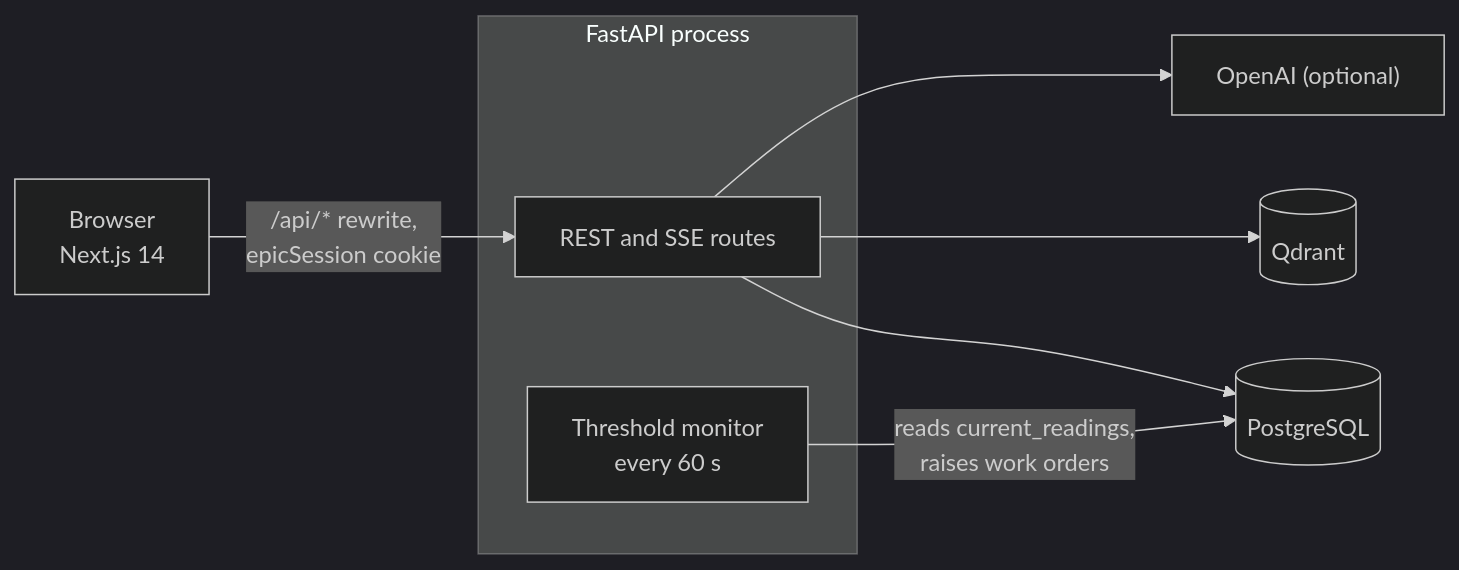
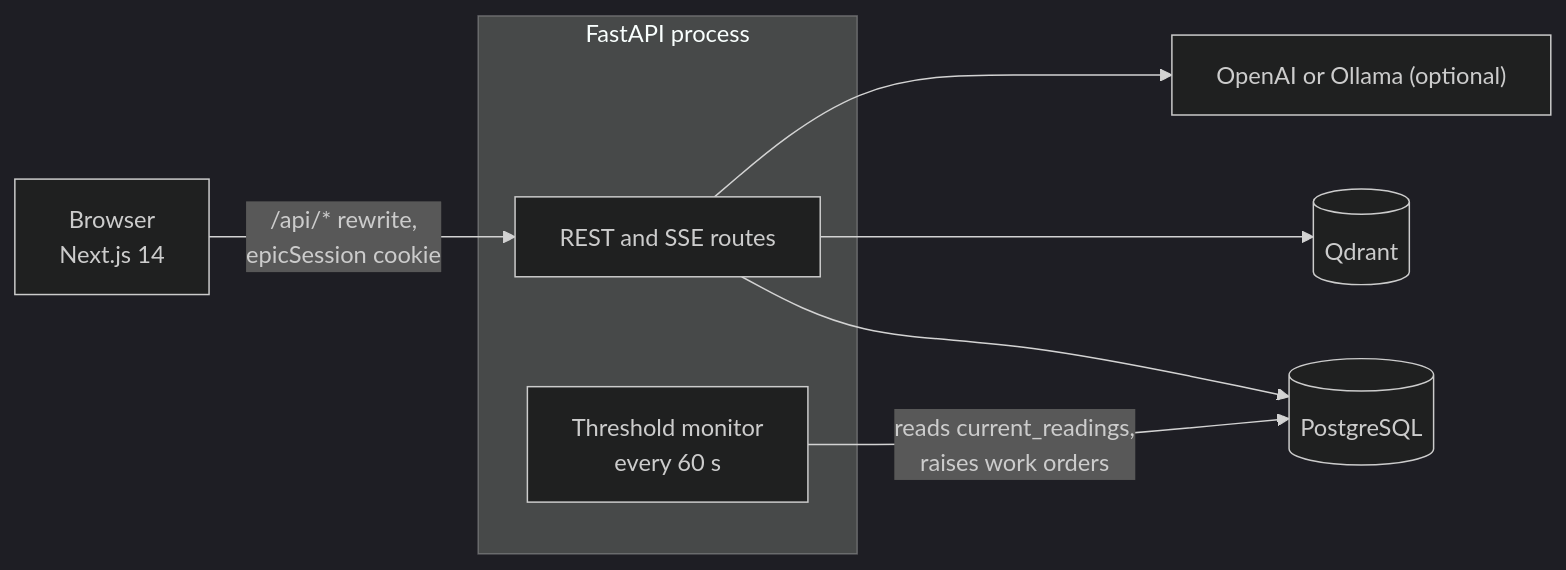
One commit to Galaxus21/epic-industrial-intelligence changed the second of 2 diagrams in README.md. Above: the diagram before and after it, drawn with Mermaid (dark theme). The commit also changed other lines of this file, not shown here.

````diff
--- a/README.md
+++ b/README.md
@@ -40,12 +130,12 @@
 ```mermaid
 flowchart LR
     Browser["Browser<br/>Next.js 14"] -->|"/api/* rewrite,<br/>epicSession cookie"| API
     subgraph Backend["FastAPI process"]
         API["REST and SSE routes"]
         MON["Threshold monitor<br/>every 60 s"]
     end
     API --> PG[("PostgreSQL")]
     API --> QD[("Qdrant")]
-    API --> LLM["OpenAI (optional)"]
+    API --> LLM["OpenAI or Ollama (optional)"]
     MON -->|"reads current_readings,<br/>raises work orders"| PG
 ```
````
